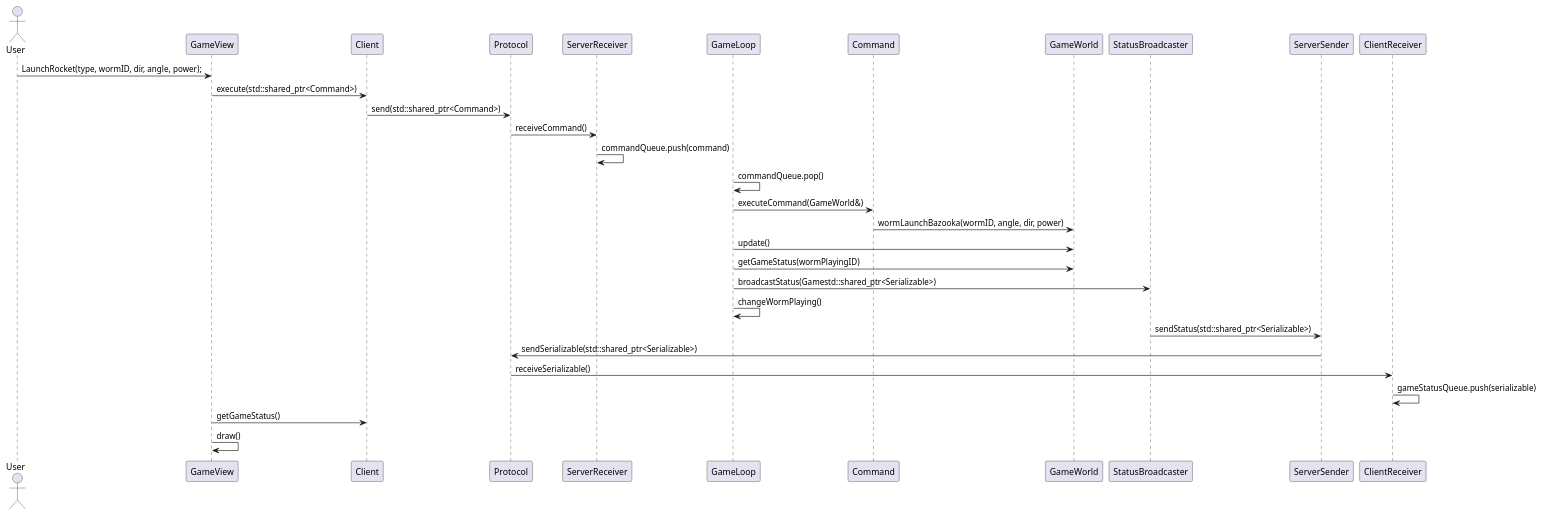
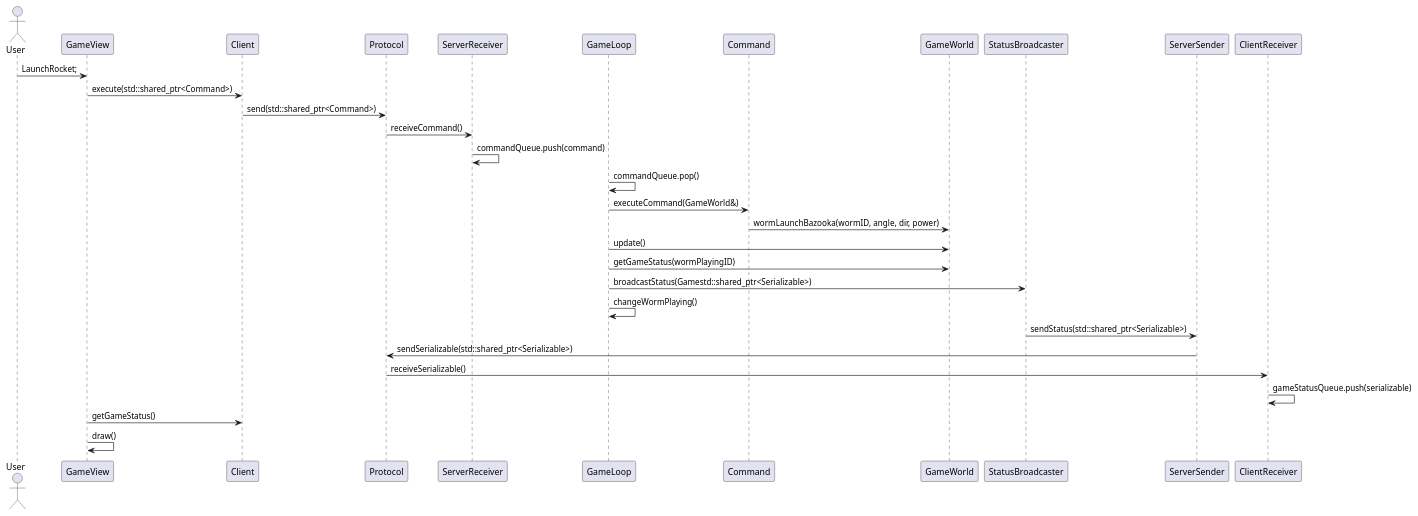
Before and after one commit to franjuarez/Taller-Worms: the diagram in documentation/client_server/execute_command.puml, drawn with PlantUML. The commit also changed 2 other files, not shown here.

```diff
--- a/documentation/client_server/execute_command.puml
+++ b/documentation/client_server/execute_command.puml
@@ -1,41 +1,41 @@
 @startuml new match sequence
 
 actor User 
 
-User -> GameView : LaunchRocket(type, wormID, dir, angle, power);
+User -> GameView : LaunchRocket;
 
 GameView -> Client : execute(std::shared_ptr<Command>)
 
 Client -> Protocol : send(std::shared_ptr<Command>)
 
 Protocol -> ServerReceiver : receiveCommand()
 
 ServerReceiver -> ServerReceiver : commandQueue.push(command)
 
 GameLoop -> GameLoop : commandQueue.pop()
 
 GameLoop -> Command : executeCommand(GameWorld&)
 
 Command -> GameWorld : wormLaunchBazooka(wormID, angle, dir, power)
 
 GameLoop -> GameWorld : update()
 
 GameLoop -> GameWorld : getGameStatus(wormPlayingID)
 
 GameLoop -> StatusBroadcaster : broadcastStatus(Gamestd::shared_ptr<Serializable>)
 
 GameLoop -> GameLoop : changeWormPlaying()
 
 StatusBroadcaster -> ServerSender  : sendStatus(std::shared_ptr<Serializable>)
 
 ServerSender -> Protocol : sendSerializable(std::shared_ptr<Serializable>)
 
 Protocol -> ClientReceiver : receiveSerializable()
 
 ClientReceiver -> ClientReceiver : gameStatusQueue.push(serializable)
 
 GameView -> Client : getGameStatus()
 
 GameView -> GameView : draw()
 
 @enduml
```
